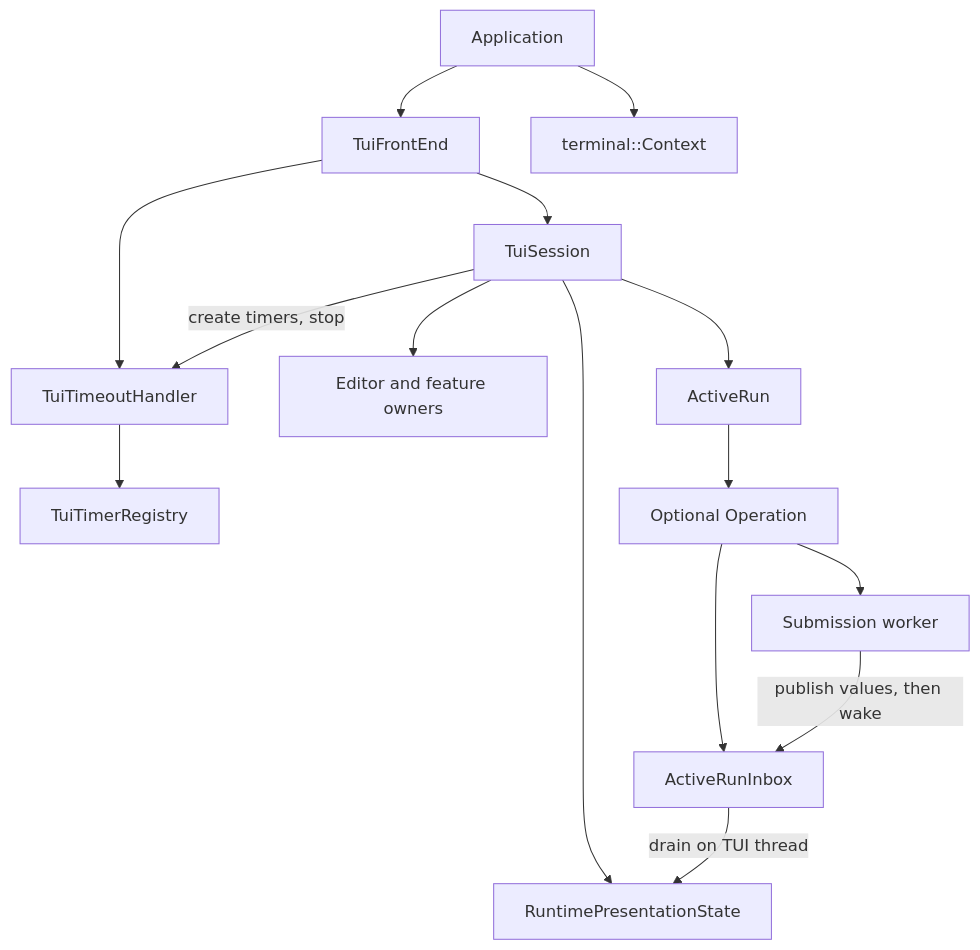
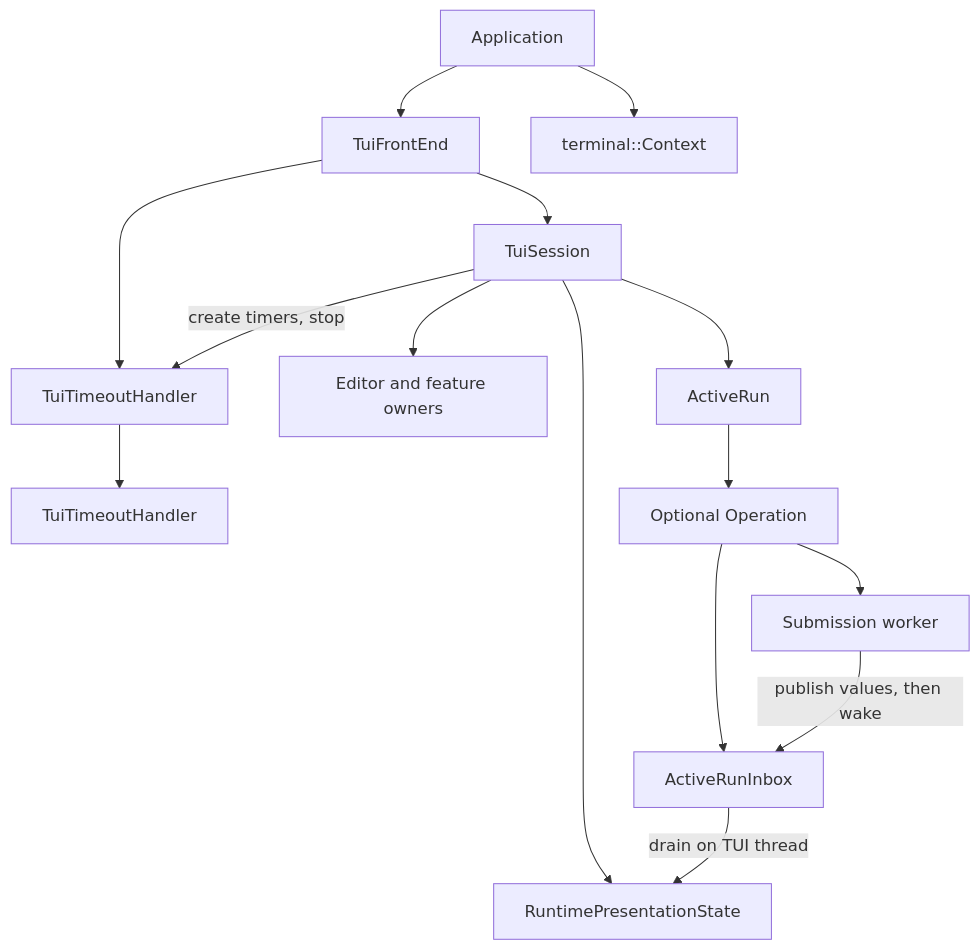
Before and after one commit to Artificial-Source/AVA: the diagram in docs/engineering/tui-architecture.md, drawn with Mermaid. The commit also changed other lines of this file and 49 other files, not shown here.

Commit message:
Use the /*threadsafe-*/const idiom for TuiTimeoutHandler API.

````diff
--- a/docs/engineering/tui-architecture.md
+++ b/docs/engineering/tui-architecture.md
@@ -101,17 +101,17 @@
 ```mermaid
 flowchart TD
   App[Application] --> Frontend[TuiFrontEnd]
   App --> Context[terminal::Context]
   Frontend --> Session[TuiSession]
   Frontend --> Timeout[TuiTimeoutHandler]
-  Timeout --> Registry[TuiTimerRegistry]
+  Timeout --> Registry[TuiTimeoutHandler]
   Session -->|create timers, stop| Timeout
   Session --> State[RuntimePresentationState]
   Session --> Features[Editor and feature owners]
   Session --> Run[ActiveRun]
   Run --> Operation[Optional Operation]
   Operation --> Inbox[ActiveRunInbox]
   Operation --> Worker[Submission worker]
   Worker -->|publish values, then wake| Inbox
   Inbox -->|drain on TUI thread| State
 ```
````
